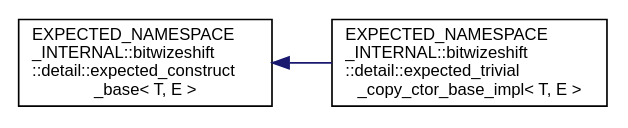
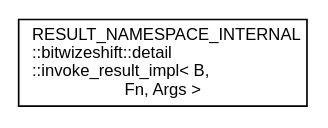
The diagram in api/latest/inherit_graph_5.dot (bitwizeshift/result), drawn with Graphviz before and after one commit. The commit also changed 431 other files, not shown here.

```diff
--- a/api/latest/inherit_graph_5.dot
+++ b/api/latest/inherit_graph_5.dot
@@ -1,9 +1,7 @@
 digraph "Graphical Class Hierarchy"
 {
   edge [fontname="Helvetica",fontsize="10",labelfontname="Helvetica",labelfontsize="10"];
   node [fontname="Helvetica",fontsize="10",shape=record];
   rankdir="LR";
-  Node0 [label="EXPECTED_NAMESPACE\l_INTERNAL::bitwizeshift\l::detail::expected_construct\l_base\< T, E \>",height=0.2,width=0.4,color="black", fillcolor="white", style="filled",URL="$dc/d0b/struct_e_x_p_e_c_t_e_d___n_a_m_e_s_p_a_c_e___i_n_t_e_r_n_a_l_1_1bitwizeshift_1_1detail_1_1expected__construct__base.html",tooltip="Base class of assignment to enable construction and assignment. "];
-  Node0 -> Node1 [dir="back",color="midnightblue",fontsize="10",style="solid",fontname="Helvetica"];
-  Node1 [label="EXPECTED_NAMESPACE\l_INTERNAL::bitwizeshift\l::detail::expected_trivial\l_copy_ctor_base_impl\< T, E \>",height=0.2,width=0.4,color="black", fillcolor="white", style="filled",URL="$dd/d61/struct_e_x_p_e_c_t_e_d___n_a_m_e_s_p_a_c_e___i_n_t_e_r_n_a_l_1_1bitwizeshift_1_1detail_1_1expect2f4b93f0a0dfebfe969aa064c70b44dc.html"];
+  Node0 [label="RESULT_NAMESPACE_INTERNAL\l::bitwizeshift::detail\l::invoke_result_impl\< B,\l Fn, Args \>",height=0.2,width=0.4,color="black", fillcolor="white", style="filled",URL="$d8/d3c/struct_r_e_s_u_l_t___n_a_m_e_s_p_a_c_e___i_n_t_e_r_n_a_l_1_1bitwizeshift_1_1detail_1_1invoke__result__impl.html"];
 }
```
